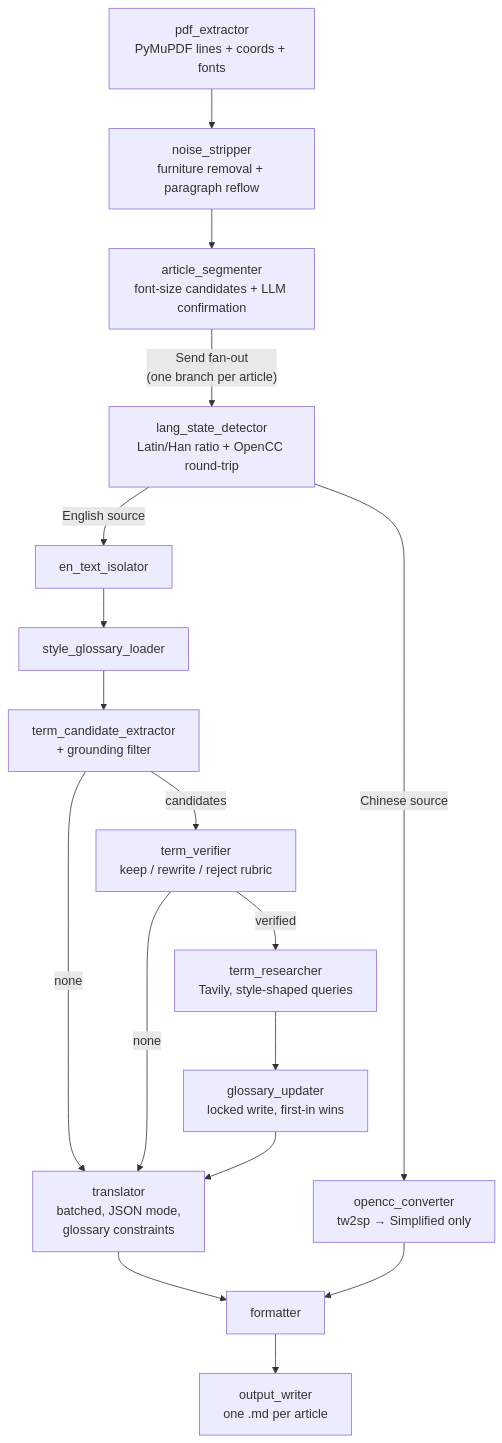
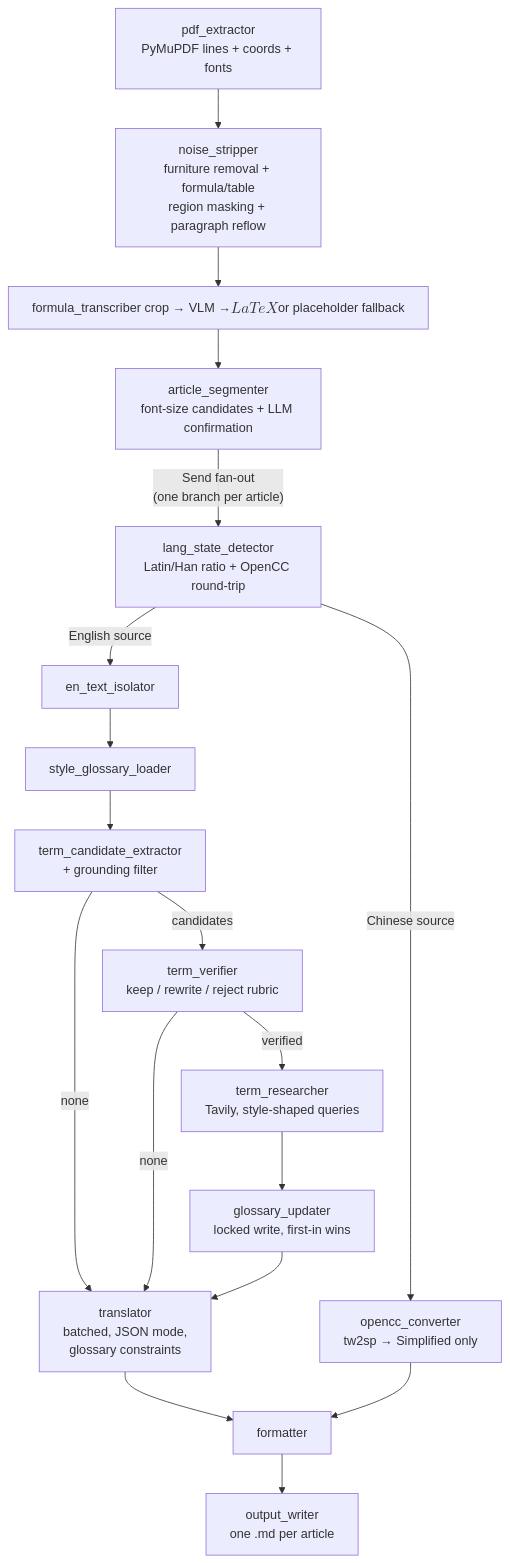
The diagram in README.md (elenskye/pub2md-agent), drawn with Mermaid before and after one commit. The commit also changed other lines of this file and 12 other files, not shown here.

````diff
--- a/README.md
+++ b/README.md
@@ -29,19 +31,20 @@
 ```mermaid
 flowchart TD
-    A[pdf_extractor<br/>PyMuPDF lines + coords + fonts] --> B[noise_stripper<br/>furniture removal + paragraph reflow]
-    B --> C[article_segmenter<br/>font-size candidates + LLM confirmation]
+    A[pdf_extractor<br/>PyMuPDF lines + coords + fonts] --> B[noise_stripper<br/>furniture removal + formula/table<br/>region masking + paragraph reflow]
+    B --> FT[formula_transcriber<br/>crop → VLM → $$LaTeX$$<br/>or placeholder fallback]
+    FT --> C[article_segmenter<br/>font-size candidates + LLM confirmation]
     C -- "Send fan-out<br/>(one branch per article)" --> D[lang_state_detector<br/>Latin/Han ratio + OpenCC round-trip]
     D -- English source --> E[en_text_isolator]
     E --> F[style_glossary_loader]
     F --> G[term_candidate_extractor<br/>+ grounding filter]
     G -- candidates --> V[term_verifier<br/>keep / rewrite / reject rubric]
     V -- verified --> H[term_researcher<br/>Tavily, style-shaped queries]
     H --> I[glossary_updater<br/>locked write, first-in wins]
     G -- none --> J[translator<br/>batched, JSON mode,<br/>glossary constraints]
     V -- none --> J
     I --> J
     D -- Chinese source --> K[opencc_converter<br/>tw2sp → Simplified only]
     J --> L[formatter]
     K --> L
     L --> M[output_writer<br/>one .md per article]
 ```
````
